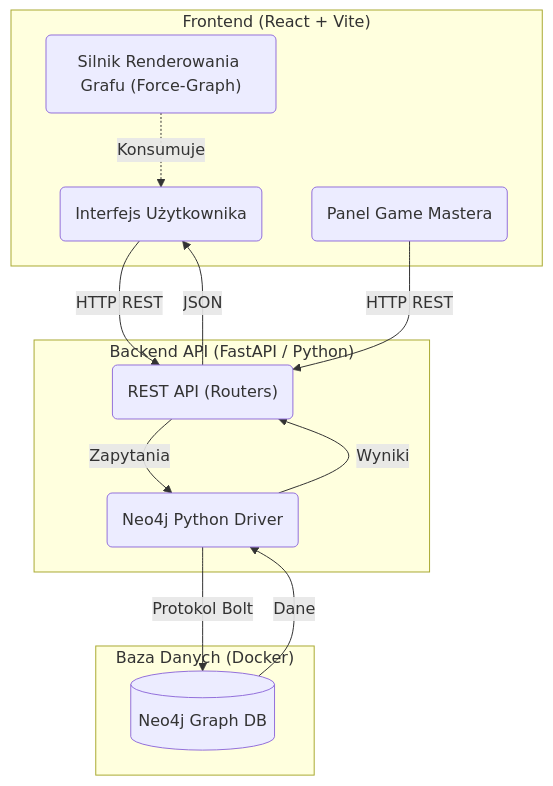
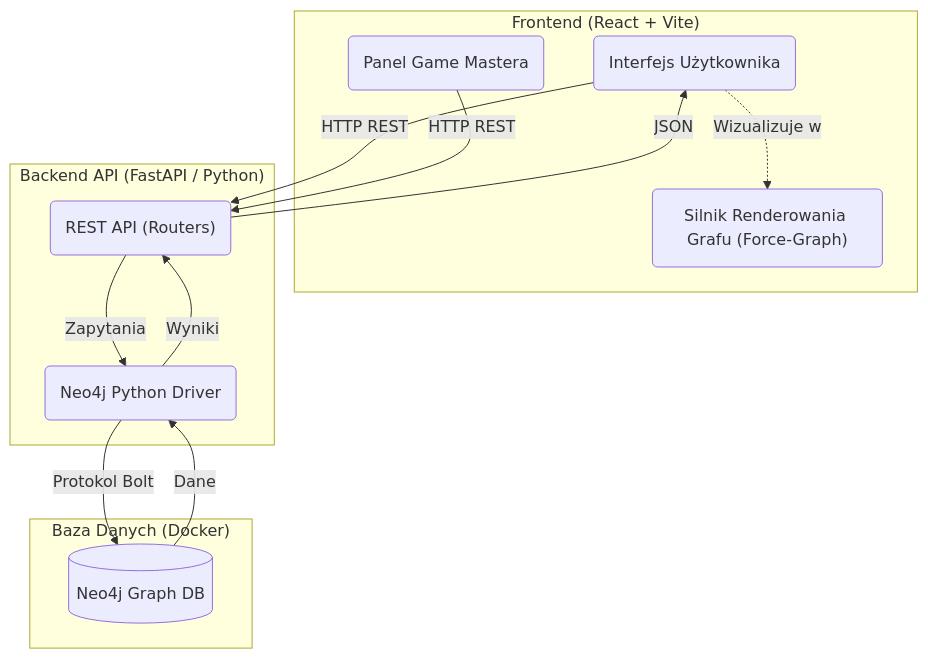
The second of 3 diagrams in README.md (kurliko/RPG-graph-project), drawn with Mermaid before and after one commit. The commit also changed other lines of this file, not shown here.

Commit message:
docs(project): fix confusing wording in component diagram

````diff
--- a/README.md
+++ b/README.md
@@ -160,31 +160,31 @@
 ```mermaid
 flowchart TD
     %% Komponenty
     subgraph Frontend["Frontend (React + Vite)"]
         UI("Interfejs Użytkownika")
         GM_Panel("Panel Game Mastera")
         Canvas("Silnik Renderowania Grafu (Force-Graph)")
     end
 
     subgraph Backend["Backend API (FastAPI / Python)"]
         API("REST API (Routers)")
         Neo4j_Driver("Neo4j Python Driver")
     end
 
     subgraph Database["Baza Danych (Docker)"]
         Neo4j[("Neo4j Graph DB")]
     end
 
     %% Połączenia
     UI -->|HTTP REST| API
     API -->|JSON| UI
     
     GM_Panel -->|HTTP REST| API
-    Canvas -.->|Konsumuje| UI
+    UI -.->|Wizualizuje w| Canvas
     
     API -->|Zapytania| Neo4j_Driver
     Neo4j_Driver -->|Wyniki| API
     
     Neo4j_Driver -->|Protokol Bolt| Neo4j
     Neo4j -->|Dane| Neo4j_Driver
 ```
````
